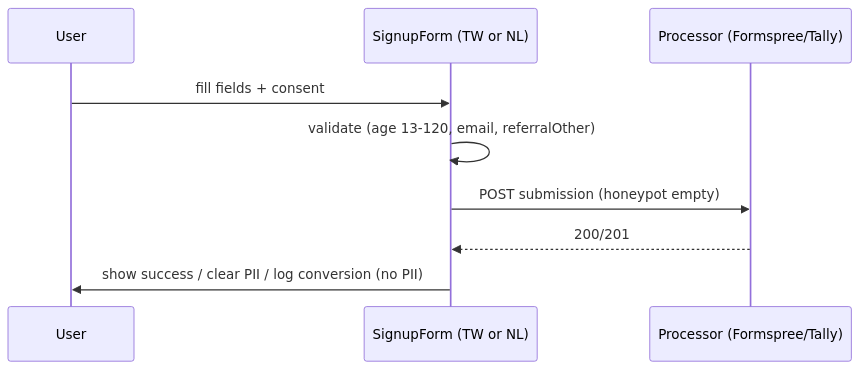
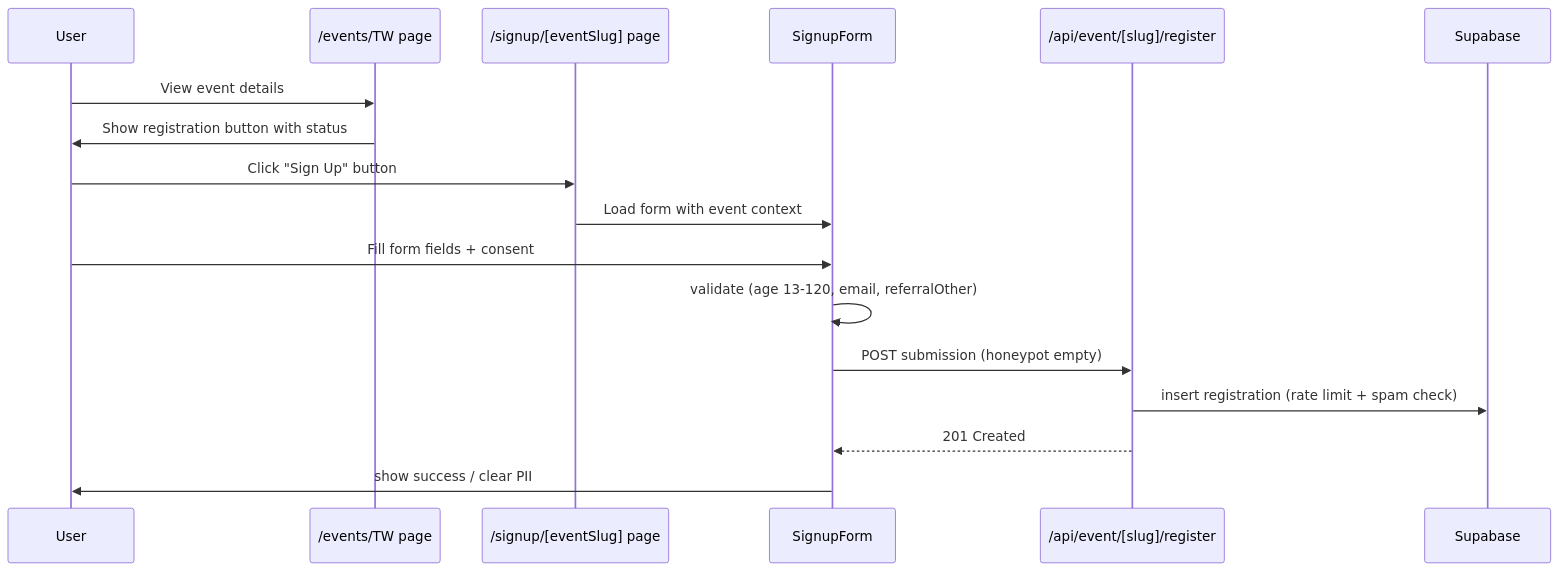
One commit to pwen0329/book-digest-web changed the sixth of 7 diagrams in docs/design.md. Above: the diagram before and after it, drawn with Mermaid. The commit also changed other lines of this file and 22 other files, not shown here.

````diff
--- a/docs/design.md
+++ b/docs/design.md
@@ -132,12 +141,20 @@
 ```mermaid
 sequenceDiagram
   participant U as User
-  participant F as SignupForm (TW or NL)
-  participant P as Processor (Formspree/Tally)
+  participant E as /events/TW page
+  participant R as /signup/[eventSlug] page
+  participant F as SignupForm
+  participant A as /api/event/[slug]/register
+  participant DB as Supabase
 
-  U->>F: fill fields + consent
+  U->>E: View event details
+  E->>U: Show registration button with status
+  U->>R: Click "Sign Up" button
+  R->>F: Load form with event context
+  U->>F: Fill form fields + consent
   F->>F: validate (age 13-120, email, referralOther)
-  F->>P: POST submission (honeypot empty)
-  P-->>F: 200/201
-  F->>U: show success / clear PII / log conversion (no PII)
+  F->>A: POST submission (honeypot empty)
+  A->>DB: insert registration (rate limit + spam check)
+  A-->>F: 201 Created
+  F->>U: show success / clear PII
 ```
````
